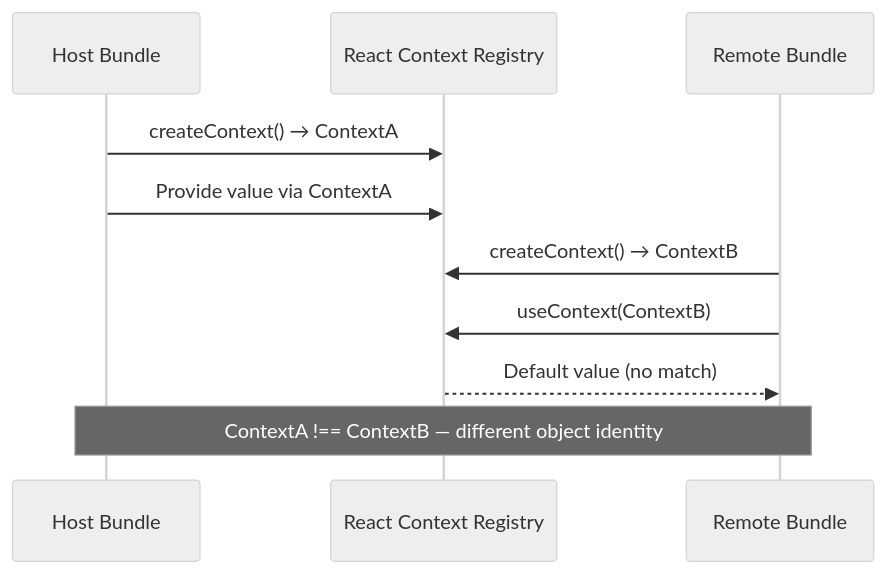
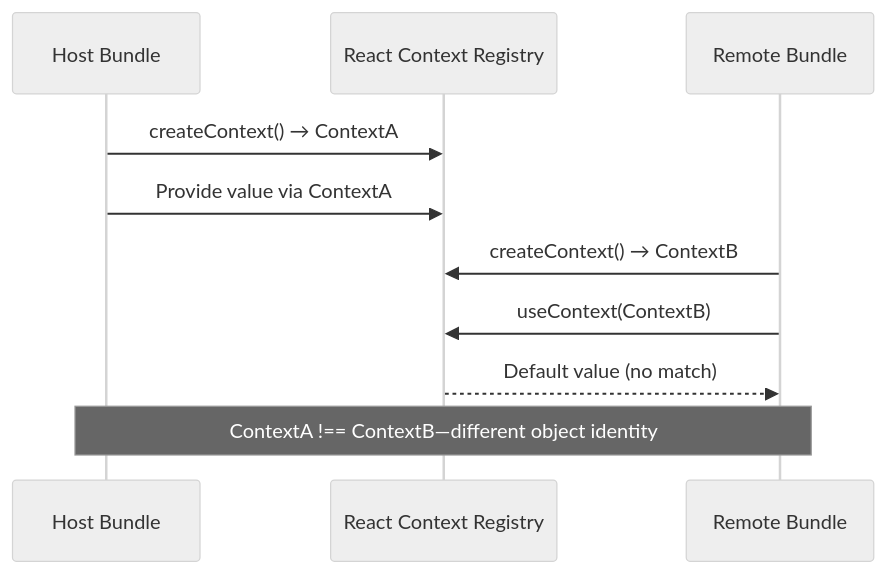
One commit to stevekinney/stevekinney.net changed the diagram in courses/enterprise-ui/runtime-composition-exercise.md. Above: the diagram before and after it, drawn with Mermaid (neutral theme). The commit also changed other lines of this file and 3 other files, not shown here.

````diff
--- a/courses/enterprise-ui/runtime-composition-exercise.md
+++ b/courses/enterprise-ui/runtime-composition-exercise.md
@@ -173,13 +173,13 @@
 ```mermaid
 sequenceDiagram
     participant Host as Host Bundle
     participant Context as React Context Registry
     participant Remote as Remote Bundle
 
     Host->>Context: createContext() → ContextA
     Host->>Context: Provide value via ContextA
     Remote->>Context: createContext() → ContextB
     Remote->>Context: useContext(ContextB)
     Context-->>Remote: Default value (no match)
-    Note over Host,Remote: ContextA !== ContextB — different object identity
+    Note over Host,Remote: ContextA !== ContextB—different object identity
 ```
````
